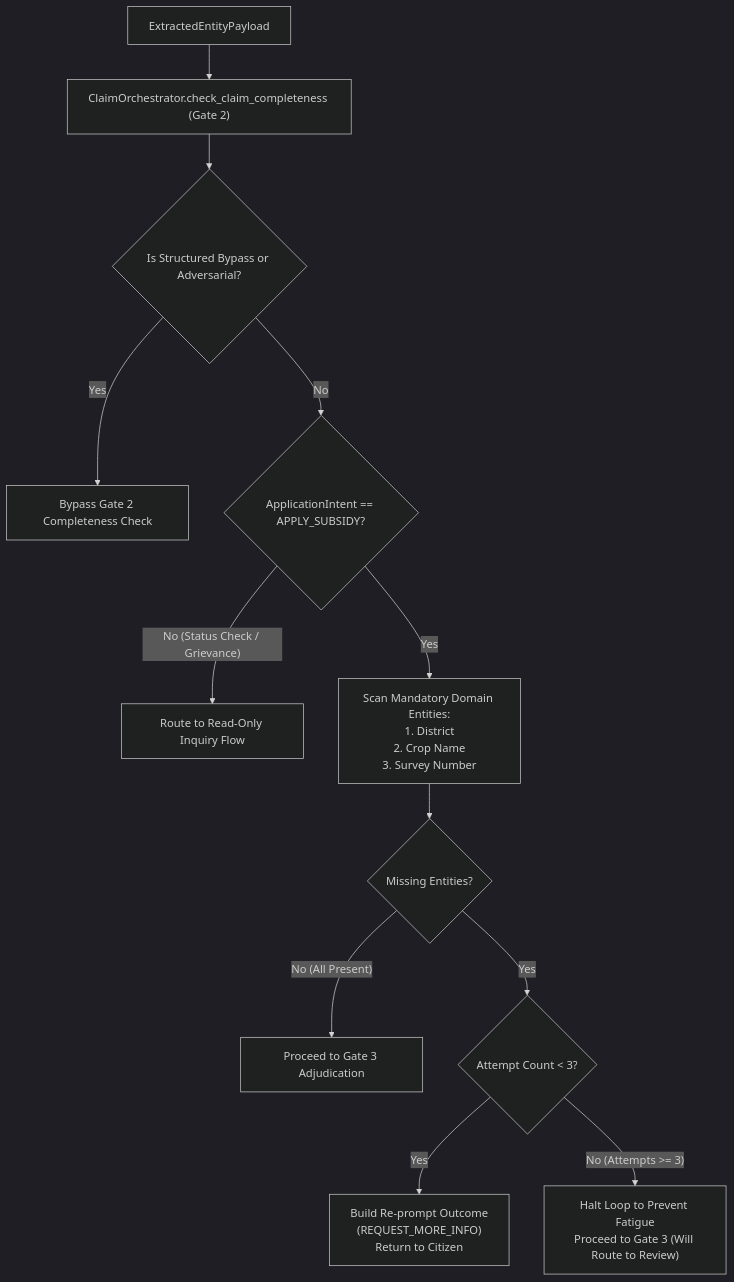
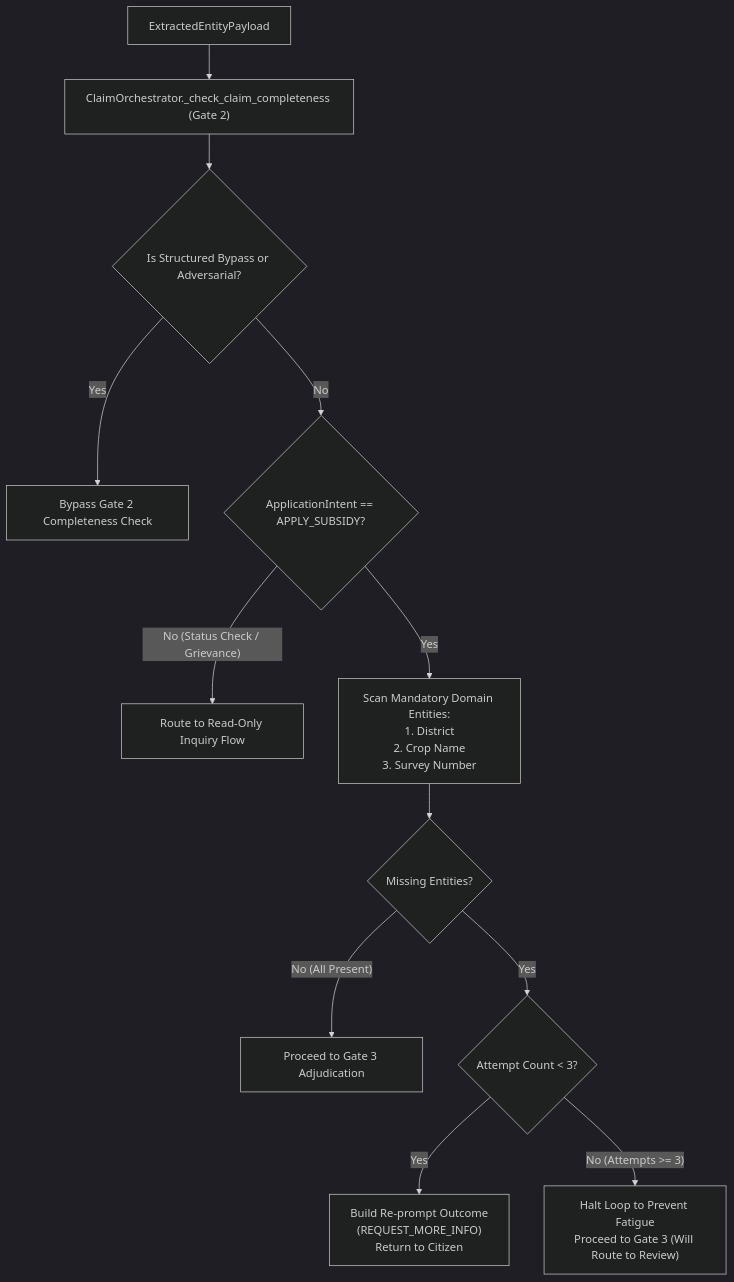
The fourth of 6 diagrams in docs/end_to_end_code_flow.md (gargmishu/agristack-dbt-core), drawn with Mermaid (dark theme) before and after one commit. The commit also changed other lines of this file and 4 other files, not shown here.

````diff
--- a/docs/end_to_end_code_flow.md
+++ b/docs/end_to_end_code_flow.md
@@ -154,17 +154,17 @@
 ```mermaid
 flowchart TD
-    S["ExtractedEntityPayload"] --> T["ClaimOrchestrator.check_claim_completeness (Gate 2)"]
+    S["ExtractedEntityPayload"] --> T["ClaimOrchestrator._check_claim_completeness (Gate 2)"]
     
     T --> U{"Is Structured Bypass or Adversarial?"}
     U -- "Yes" --> V["Bypass Gate 2 Completeness Check"]
     U -- "No" --> W{"ApplicationIntent == APPLY_SUBSIDY?"}
     
     W -- "No (Status Check / Grievance)" --> X["Route to Read-Only Inquiry Flow"]
     W -- "Yes" --> Y["Scan Mandatory Domain Entities:<br/>1. District<br/>2. Crop Name<br/>3. Survey Number"]
     
     Y --> Z{"Missing Entities?"}
     Z -- "No (All Present)" --> AA["Proceed to Gate 3 Adjudication"]
     Z -- "Yes" --> AB{"Attempt Count < 3?"}
     AB -- "Yes" --> AC["Build Re-prompt Outcome<br/>(REQUEST_MORE_INFO)<br/>Return to Citizen"]
     AB -- "No (Attempts >= 3)" --> AD["Halt Loop to Prevent Fatigue<br/>Proceed to Gate 3 (Will Route to Review)"]
 ```
````
